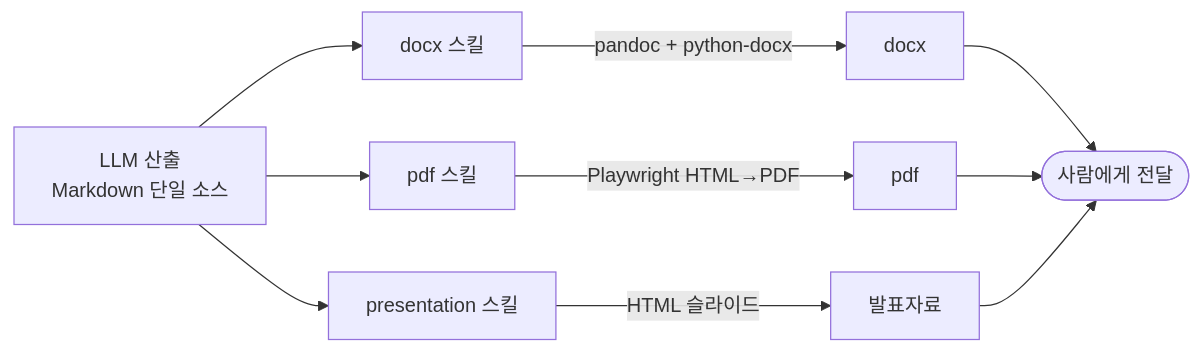
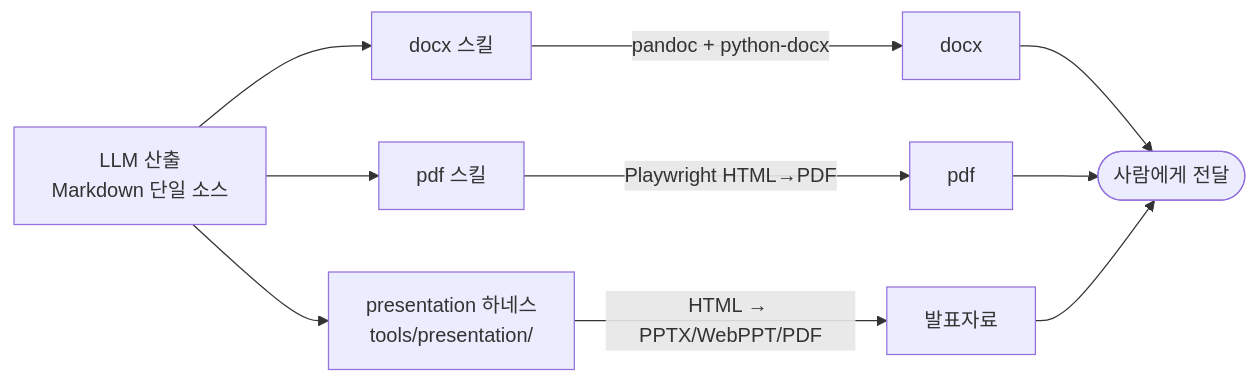
Before and after one commit to henry-1981/context-first-harness: the second of 4 diagrams in README.md, drawn with Mermaid. The commit also changed other lines of this file and 17 other files, not shown here.

````diff
--- a/README.md
+++ b/README.md
@@ -81,14 +81,14 @@
 ```mermaid
 flowchart LR
     md[LLM 산출<br/>Markdown 단일 소스] --> docx_s[docx 스킬]
     md --> pdf_s[pdf 스킬]
-    md --> pres_s[presentation 스킬]
+    md --> pres_s[presentation 하네스<br/>tools/presentation/]
 
     docx_s -->|pandoc + python-docx| docx[docx]
     pdf_s -->|Playwright HTML→PDF| pdf[pdf]
-    pres_s -->|HTML 슬라이드| deck[발표자료]
+    pres_s -->|HTML → PPTX/WebPPT/PDF| deck[발표자료]
 
     docx --> user([사람에게 전달])
     pdf --> user
     deck --> user
 ```
````
